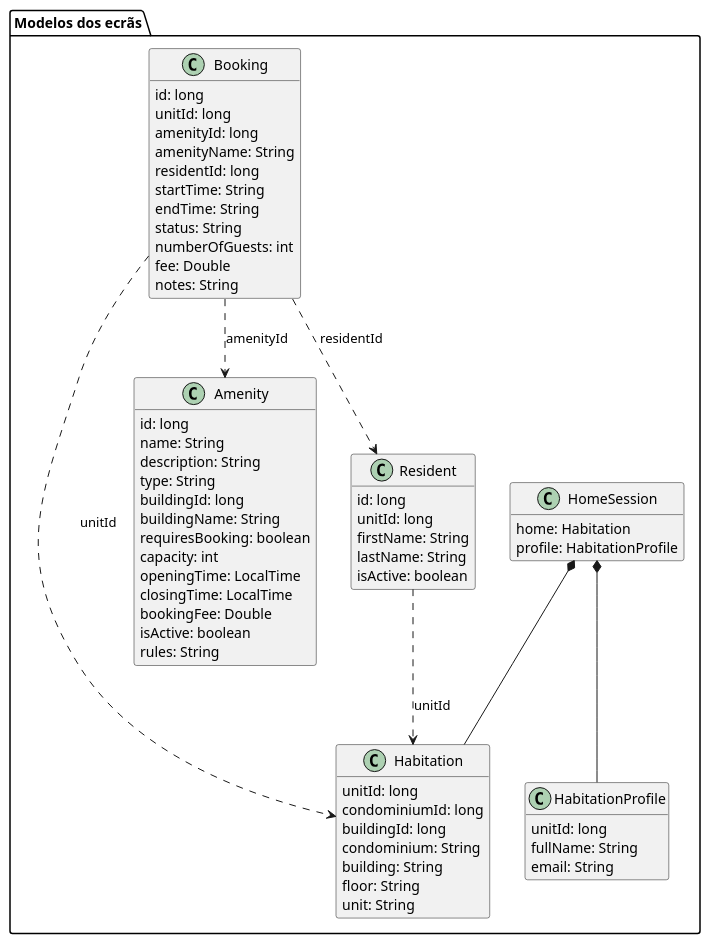
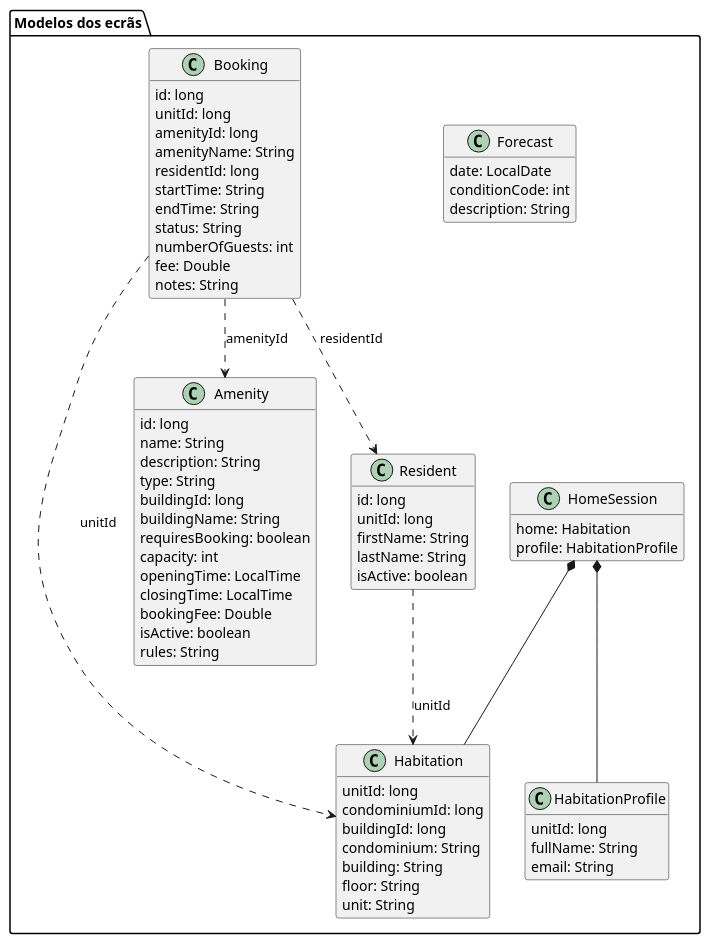
One commit to MiguelSantos568/DSSMV_ProjectDroid_1231121_1240568 changed the diagram in app/doc/DomainModel.puml. Above: the diagram before and after it, drawn with PlantUML. The commit also changed 30 other files, not shown here.

```diff
--- a/app/doc/DomainModel.puml
+++ b/app/doc/DomainModel.puml
@@ -1,67 +1,72 @@
 @startuml
 hide empty methods
 
 package "Modelos dos ecrãs" {
+    class Forecast {
+        date: LocalDate
+        conditionCode: int
+        description: String
+    }
     class Habitation {
         unitId: long
         condominiumId: long
         buildingId: long
         condominium: String
         building: String
         floor: String
         unit: String
     }
     class HabitationProfile {
         unitId: long
         fullName: String
         email: String
     }
     class HomeSession {
         home: Habitation
         profile: HabitationProfile
     }
     class Amenity {
         id: long
         name: String
         description: String
         type: String
         buildingId: long
         buildingName: String
         requiresBooking: boolean
         capacity: int
         openingTime: LocalTime
         closingTime: LocalTime
         bookingFee: Double
         isActive: boolean
         rules: String
     }
     class Resident {
         id: long
         unitId: long
         firstName: String
         lastName: String
         isActive: boolean
     }
     class Booking {
         id: long
         unitId: long
         amenityId: long
         amenityName: String
         residentId: long
         startTime: String
         endTime: String
         status: String
         numberOfGuests: int
         fee: Double
         notes: String
     }
 }
 
 HomeSession *-- Habitation
 HomeSession *-- HabitationProfile
 Booking ..> Habitation : unitId
 Booking ..> Amenity : amenityId
 Booking ..> Resident : residentId
 Resident ..> Habitation : unitId
 
 @enduml
```
